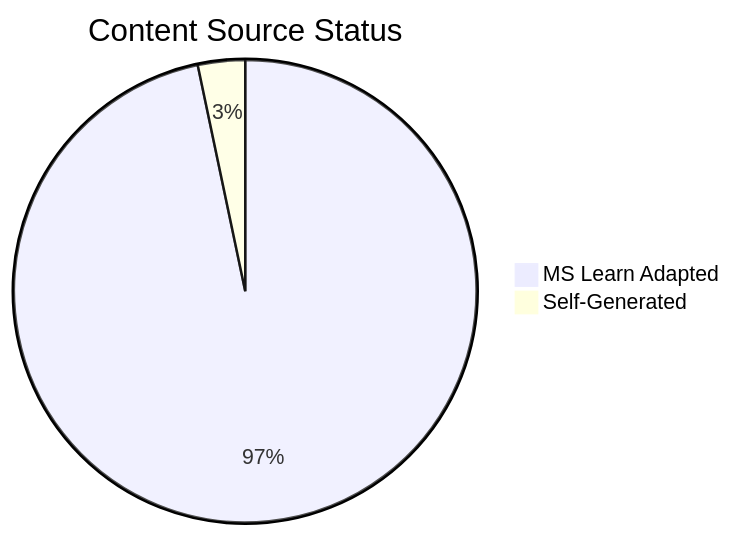
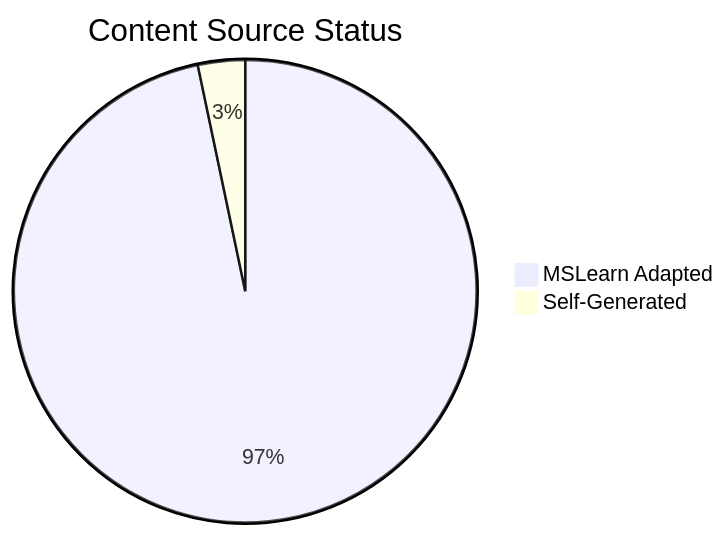
Before and after one commit to yeongseon/azure-storage-practical-guide: the first of 2 diagrams in docs/reference/content-validation-status.md, drawn with Mermaid. The commit also changed other lines of this file and 1 other file, not shown here.

````diff
--- a/docs/reference/content-validation-status.md
+++ b/docs/reference/content-validation-status.md
@@ -38,5 +35,5 @@
 ```mermaid
 pie title Content Source Status
-    "MS Learn Adapted" : 88
+    "MSLearn Adapted" : 88
     "Self-Generated" : 3
 ```
````
